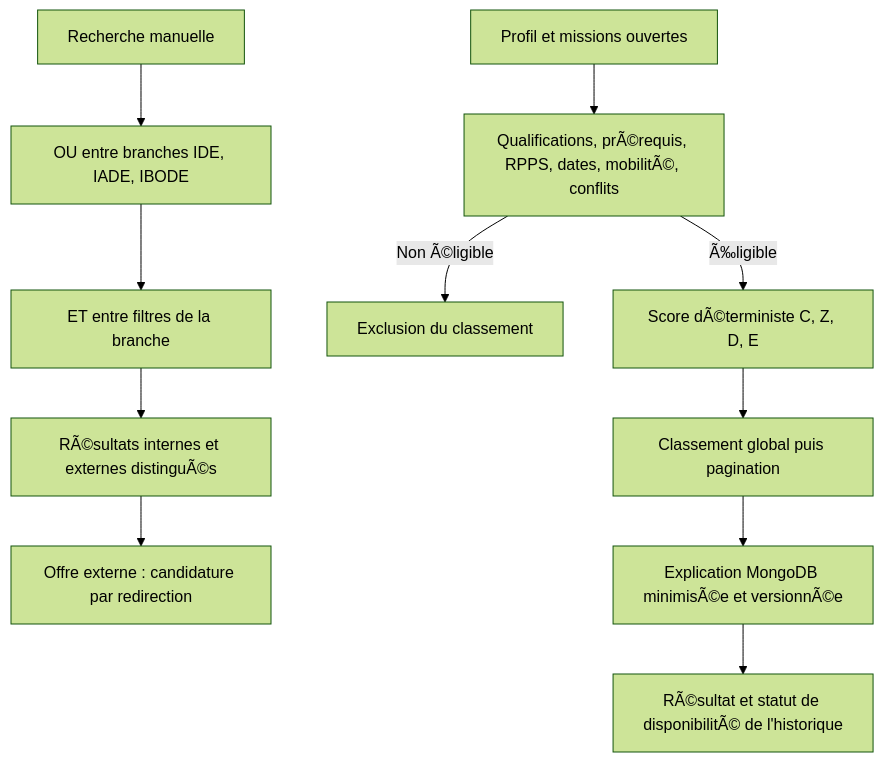
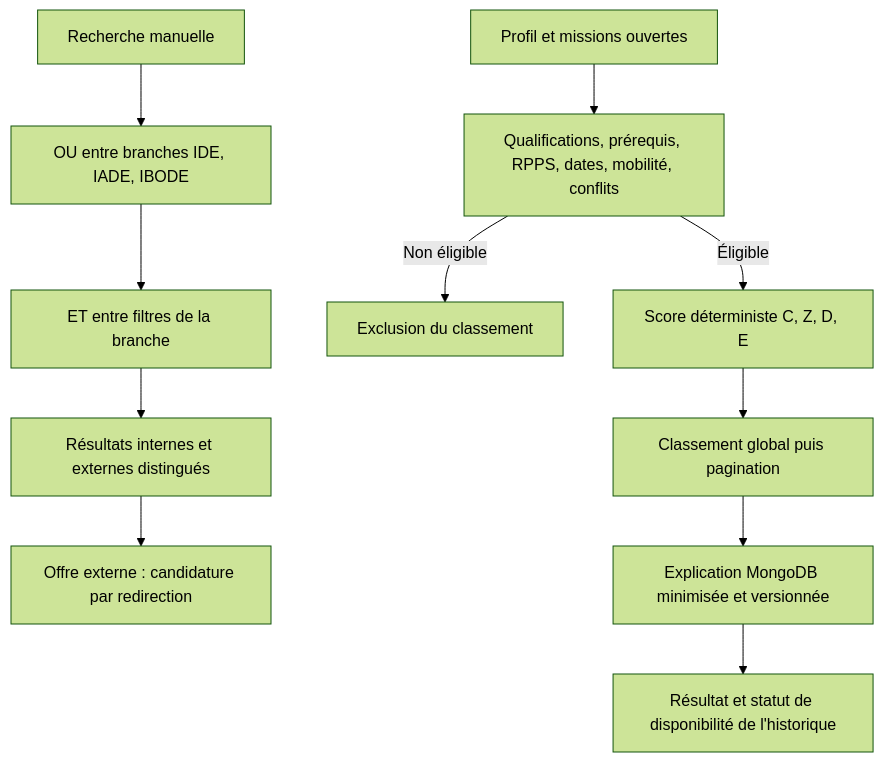
Before and after one commit to lebretyves/Infimactch_Prod: the fourth of 8 diagrams in docs/FLUX_V1.md, drawn with Mermaid (forest theme). The commit also changed other lines of this file and 67 other files, not shown here.

Commit message:
docs: refresh architecture flows and delivery documentation

````diff
--- a/docs/FLUX_V1.md
+++ b/docs/FLUX_V1.md
@@ -49,13 +70,13 @@
 ```mermaid
 flowchart TD
     search["Recherche manuelle"] --> branches["OU entre branches IDE, IADE, IBODE"]
     branches --> filters["ET entre filtres de la branche"]
-    filters --> listings["RÃ©sultats internes et externes distinguÃ©s"]
+    filters --> listings["Résultats internes et externes distingués"]
     listings --> external["Offre externe : candidature par redirection"]
-    profile["Profil et missions ouvertes"] --> gate["Qualifications, prÃ©requis, RPPS, dates, mobilitÃ©, conflits"]
-    gate -->|"Non Ã©ligible"| excluded["Exclusion du classement"]
-    gate -->|"Ã‰ligible"| score["Score dÃ©terministe C, Z, D, E"]
+    profile["Profil et missions ouvertes"] --> gate["Qualifications, prérequis, RPPS, dates, mobilité, conflits"]
+    gate -->|"Non éligible"| excluded["Exclusion du classement"]
+    gate -->|"Éligible"| score["Score déterministe C, Z, D, E"]
     score --> rank["Classement global puis pagination"]
-    rank --> trace["Explication MongoDB minimisÃ©e et versionnÃ©e"]
-    trace --> output["RÃ©sultat et statut de disponibilitÃ© de l'historique"]
+    rank --> trace["Explication MongoDB minimisée et versionnée"]
+    trace --> output["Résultat et statut de disponibilité de l'historique"]
 ```
````
